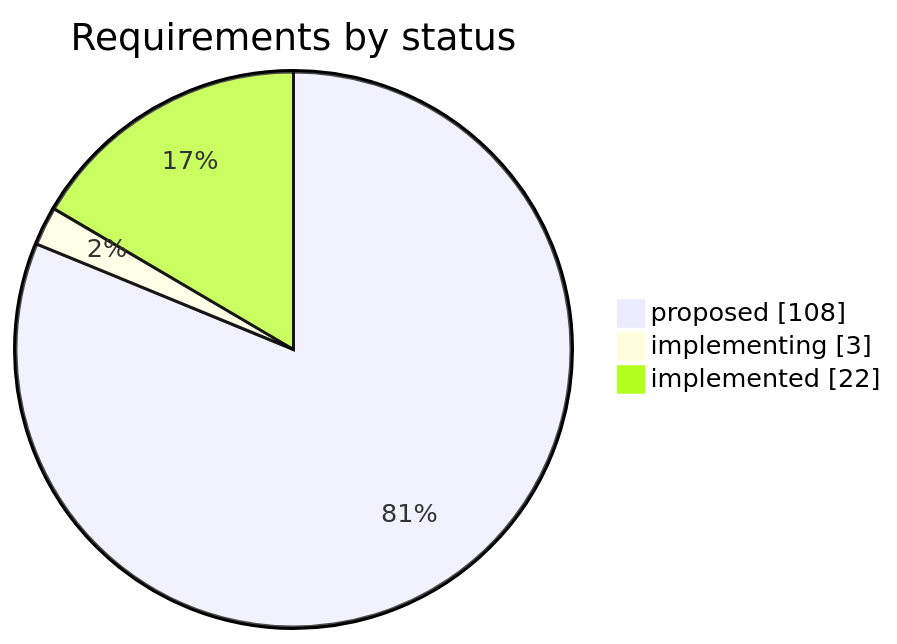
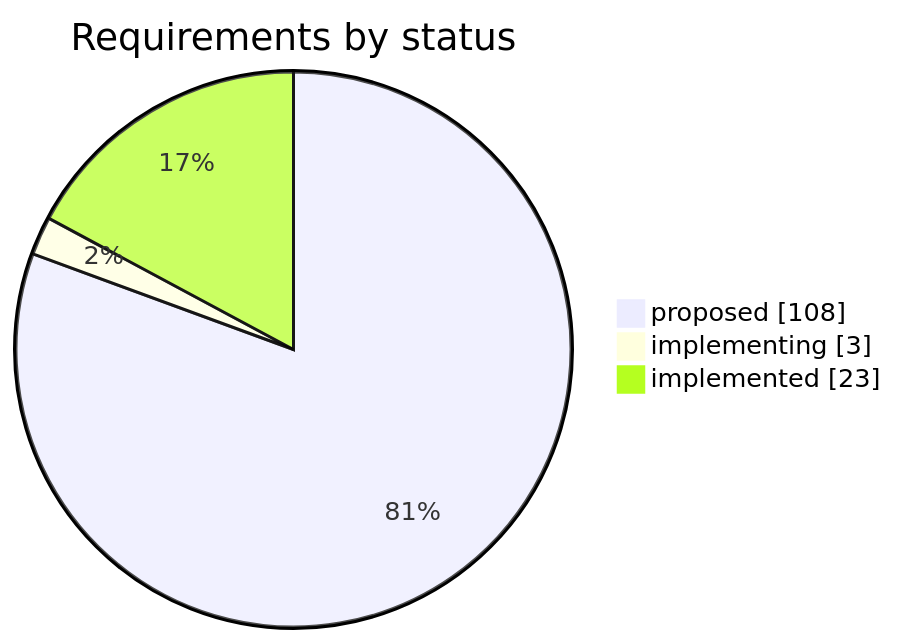
The first of 2 diagrams in STATUS.md (iammaxsu/automatic-testing-architecture), drawn with Mermaid before and after one commit. The commit also changed other lines of this file and 4 other files, not shown here.

````diff
--- a/STATUS.md
+++ b/STATUS.md
@@ -25,6 +25,6 @@
 ```mermaid
 pie showData title Requirements by status
     "proposed" : 108
     "implementing" : 3
-    "implemented" : 22
+    "implemented" : 23
 ```
````
